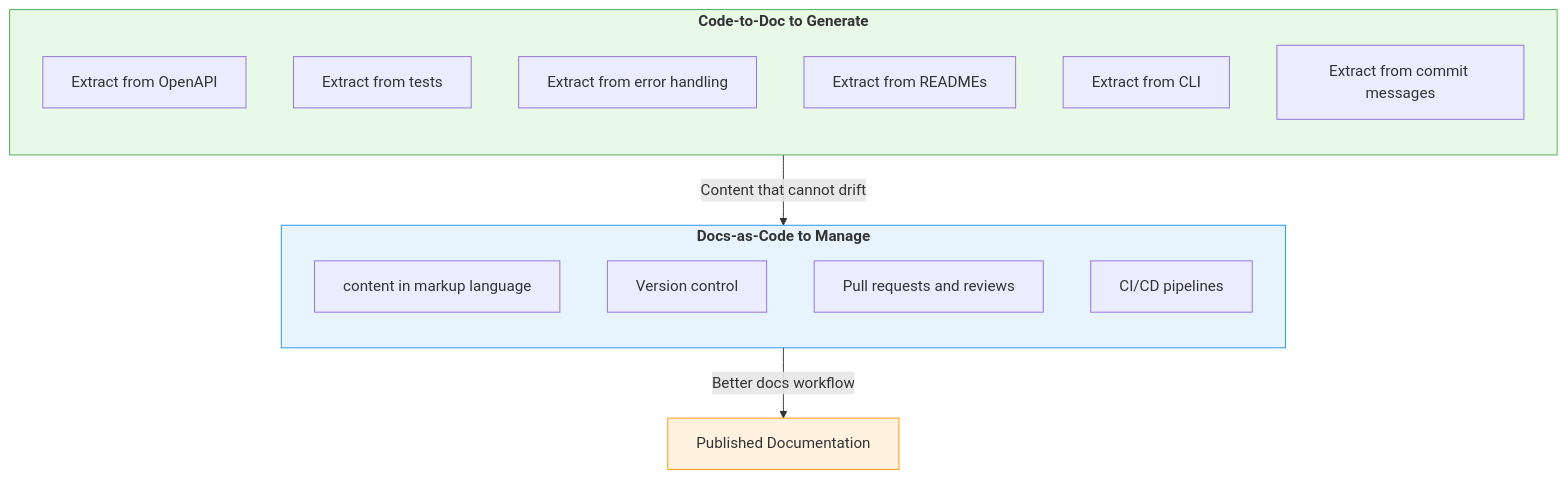
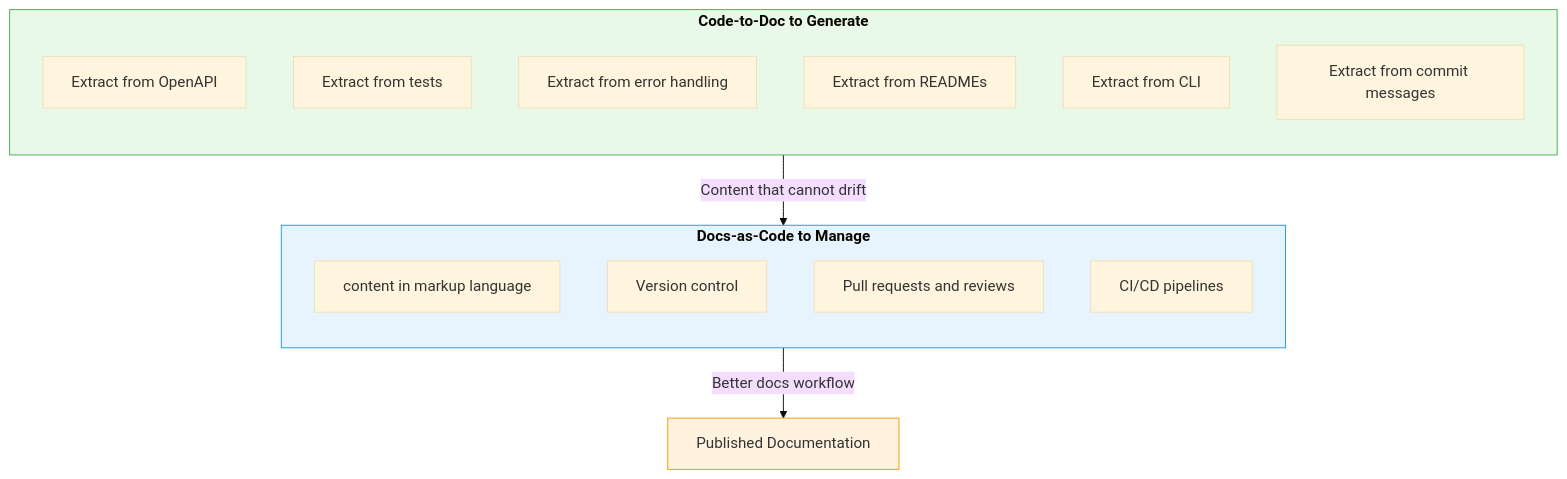
One commit to veera-linga/blogs changed the first of 2 diagrams in code-to-doc.md. Above: the diagram before and after it, drawn with Mermaid. The commit also changed other lines of this file, not shown here.

Commit message:
Fix mermaid syntax and enhance documentation clarity

````diff
--- a/code-to-doc.md
+++ b/code-to-doc.md
@@ -90,27 +90,28 @@
-```mermaid
+<div class="mermaid">
+%%{init: {'theme':'base', 'flowchart': {'layout': 'elk'}}}%%
 flowchart TB
     subgraph DaC["<b>Docs-as-Code to Manage</b>"]
         direction TB
         A1["content in markup language"]
         A2["Version control"]
         A3["Pull requests and reviews"]
         A4["CI/CD pipelines"]
     end
 
     subgraph CtD["<b>Code-to-Doc to Generate</b>"]
         direction TB
         B1["Extract from OpenAPI"]
         B2["Extract from tests"]
         B3["Extract from error handling"]
         B4["Extract from READMEs"]
         B5["Extract from CLI"]
         B6["Extract from commit messages"]
     end
 
     DaC -->|"Better docs workflow"| Outcome["Published Documentation"]
     CtD -->|"Content that cannot drift"| A1
 
     style DaC fill:#e8f4fd,stroke:#2196F3
     style CtD fill:#e8f9e8,stroke:#4CAF50
     style Outcome fill:#fff3e0,stroke:#FF9800
-```
+</div>
````
